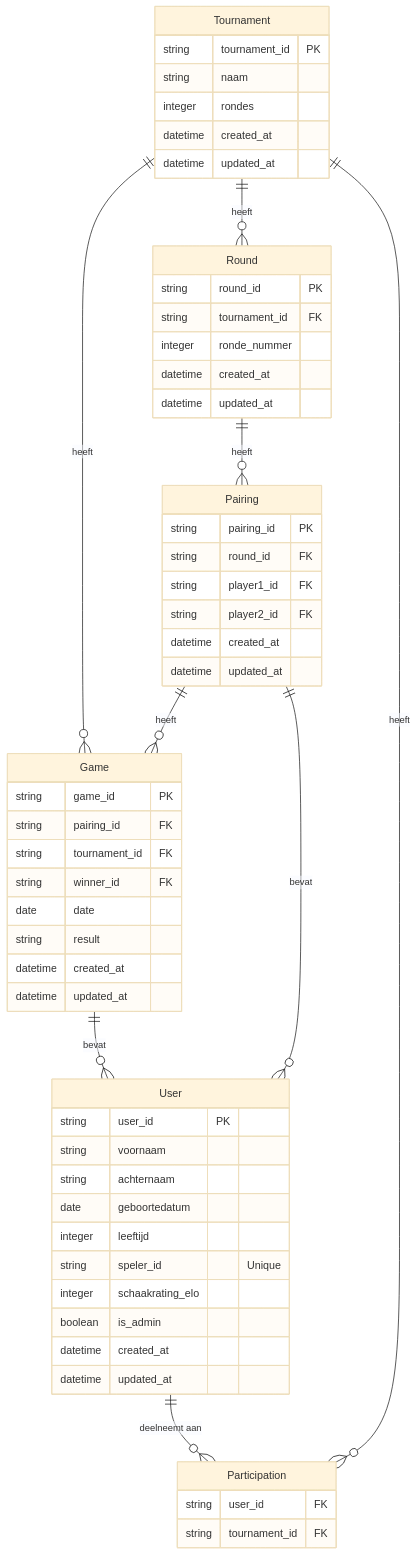
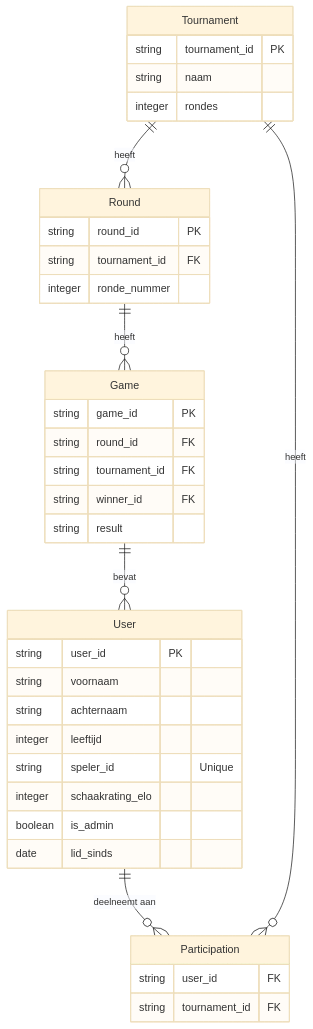
One commit to Jessevdonck/KSKColle changed the diagram in dossier.md. Above: the diagram before and after it, drawn with Mermaid (base theme). The commit also changed 6 other files, not shown here.

````diff
--- a/dossier.md
+++ b/dossier.md
@@ -36,65 +36,44 @@
 ```mermaid
 erDiagram
     User {
         string user_id PK
         string voornaam
         string achternaam
-        date geboortedatum
         integer leeftijd
         string speler_id "Unique"
         integer schaakrating_elo
         boolean is_admin
-        datetime created_at
-        datetime updated_at
+        date lid_sinds 
     }
 
     Tournament {
         string tournament_id PK
         string naam
         integer rondes
-        datetime created_at
-        datetime updated_at
     }
 
     Round {
         string round_id PK
         string tournament_id FK
         integer ronde_nummer
-        datetime created_at
-        datetime updated_at
     }
 
     Game {
         string game_id PK
-        string pairing_id FK
+        string round_id FK
         string tournament_id FK
         string winner_id FK
-        date date
         string result
-        datetime created_at
-        datetime updated_at
     }
 
     Participation {
         string user_id FK
         string tournament_id FK
     }
 
-    Pairing {
-        string pairing_id PK
-        string round_id FK
-        string player1_id FK
-        string player2_id FK
-        datetime created_at
-        datetime updated_at
-    }
-
     User ||--o{ Participation : "deelneemt aan"
     Tournament ||--o{ Participation : "heeft"
     Tournament ||--o{ Round : "heeft"
-    Round ||--o{ Pairing : "heeft"
-    Tournament ||--o{ Game : "heeft"
-    Game ||--o{ User : "bevat"
-    Pairing ||--o{ Game : "heeft"
-    Pairing ||--o{ User : "bevat" 
+    Round ||--o{ Game : "heeft"
+    Game ||--o{ User : "bevat" 
 ```
````
